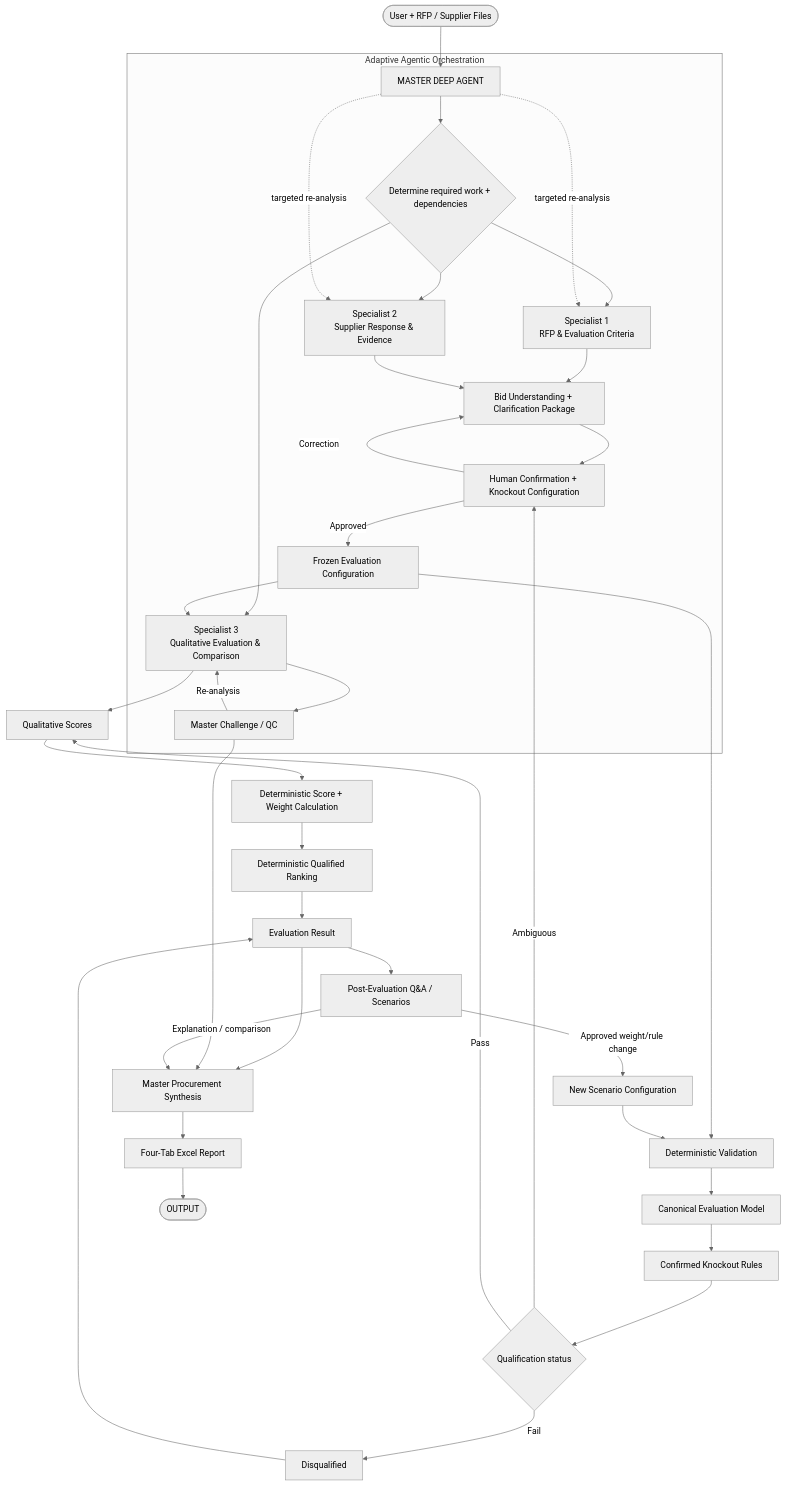
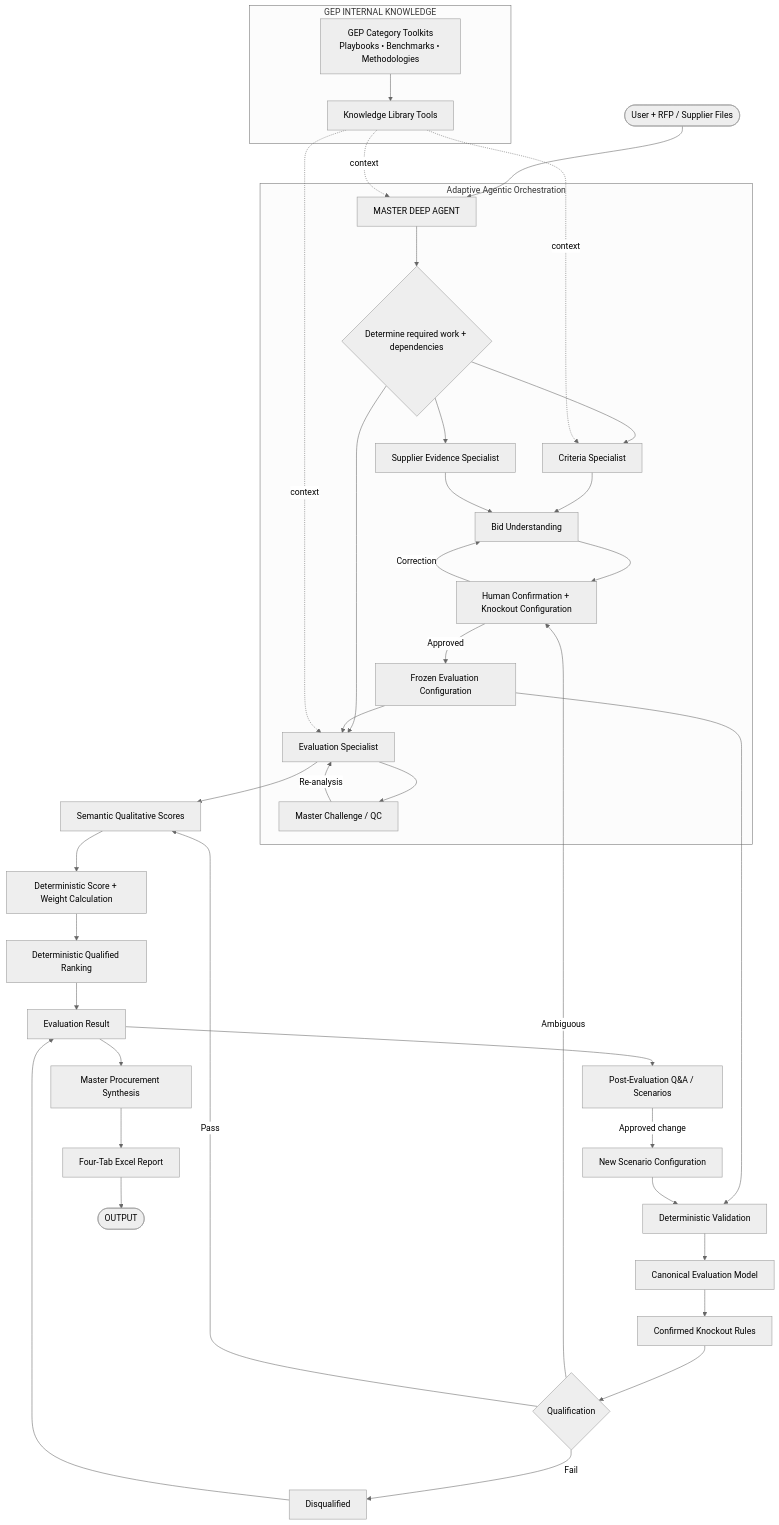
Before and after one commit to adityarane-ai/Agentic-Orchestrations: the diagram in Bid Analysis Agent/03-Solution-Overview.md, drawn with Mermaid (neutral theme). The commit also changed other lines of this file, not shown here.

Commit message:
Integrate GEP knowledge architecture into solution overview

````diff
--- a/Bid Analysis Agent/03-Solution-Overview.md
+++ b/Bid Analysis Agent/03-Solution-Overview.md
@@ -23,45 +13,49 @@
 ```mermaid
 flowchart TB
     U([User + RFP / Supplier Files]) --> M[MASTER DEEP AGENT]
 
     subgraph ORCH[Adaptive Agentic Orchestration]
         M --> P{Determine required work + dependencies}
-        P --> C[Specialist 1<br/>RFP & Evaluation Criteria]
-        P --> S[Specialist 2<br/>Supplier Response & Evidence]
-        P --> E[Specialist 3<br/>Qualitative Evaluation & Comparison]
-
-        C --> B[Bid Understanding + Clarification Package]
+        P --> C[Criteria Specialist]
+        P --> S[Supplier Evidence Specialist]
+        P --> E[Evaluation Specialist]
+        C --> B[Bid Understanding]
         S --> B
         B --> H[Human Confirmation + Knockout Configuration]
         H -->|Correction| B
         H -->|Approved| F[Frozen Evaluation Configuration]
         F --> E
         E --> QC[Master Challenge / QC]
         QC -->|Re-analysis| E
     end
 
+    subgraph KNOW[GEP INTERNAL KNOWLEDGE]
+        K[GEP Category Toolkits<br/>Playbooks • Benchmarks • Methodologies]
+        KT[Knowledge Library Tools]
+        K --> KT
+    end
+
+    KT -. context .-> M
+    KT -. context .-> C
+    KT -. context .-> E
+
     F --> V[Deterministic Validation]
     V --> CAN[Canonical Evaluation Model]
-    CAN --> K[Confirmed Knockout Rules]
-    K --> KO{Qualification status}
+    CAN --> KOR[Confirmed Knockout Rules]
+    KOR --> KO{Qualification}
     KO -->|Ambiguous| H
     KO -->|Fail| DQ[Disqualified]
-    KO -->|Pass| Q[Qualitative Scores]
+    KO -->|Pass| Q[Semantic Qualitative Scores]
     E --> Q
     Q --> CALC[Deterministic Score + Weight Calculation]
     CALC --> RANK[Deterministic Qualified Ranking]
     DQ --> RESULT[Evaluation Result]
     RANK --> RESULT
     RESULT --> SYN[Master Procurement Synthesis]
-    QC --> SYN
     SYN --> X[Four-Tab Excel Report]
     X --> OUT([OUTPUT])
 
     RESULT --> QA[Post-Evaluation Q&A / Scenarios]
-    QA -->|Explanation / comparison| SYN
-    QA -->|Approved weight/rule change| SCEN[New Scenario Configuration]
+    QA -->|Approved change| SCEN[New Scenario Configuration]
     SCEN --> V
-
-    M -. targeted re-analysis .-> C
-    M -. targeted re-analysis .-> S
 ```
````
